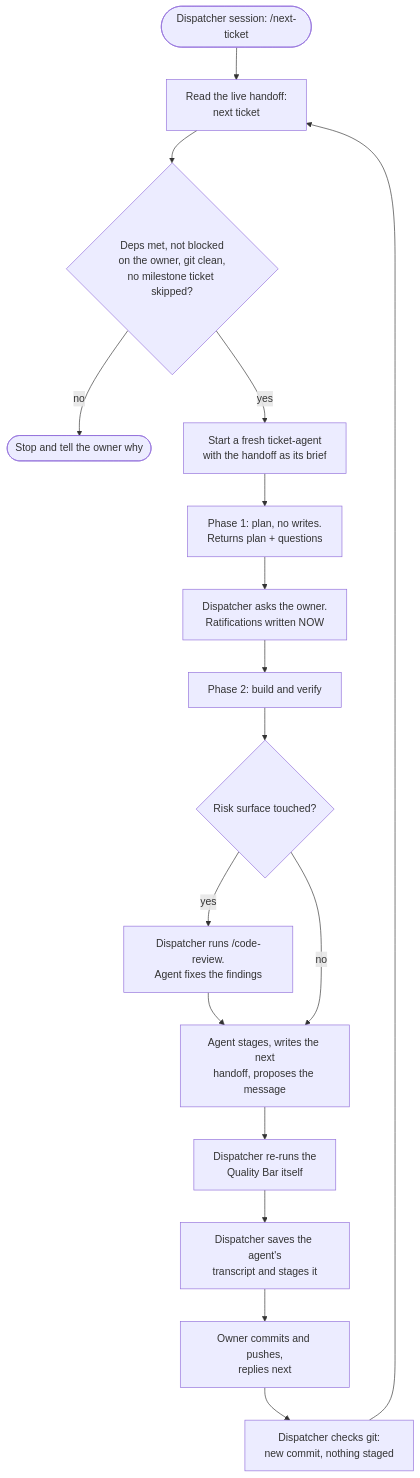
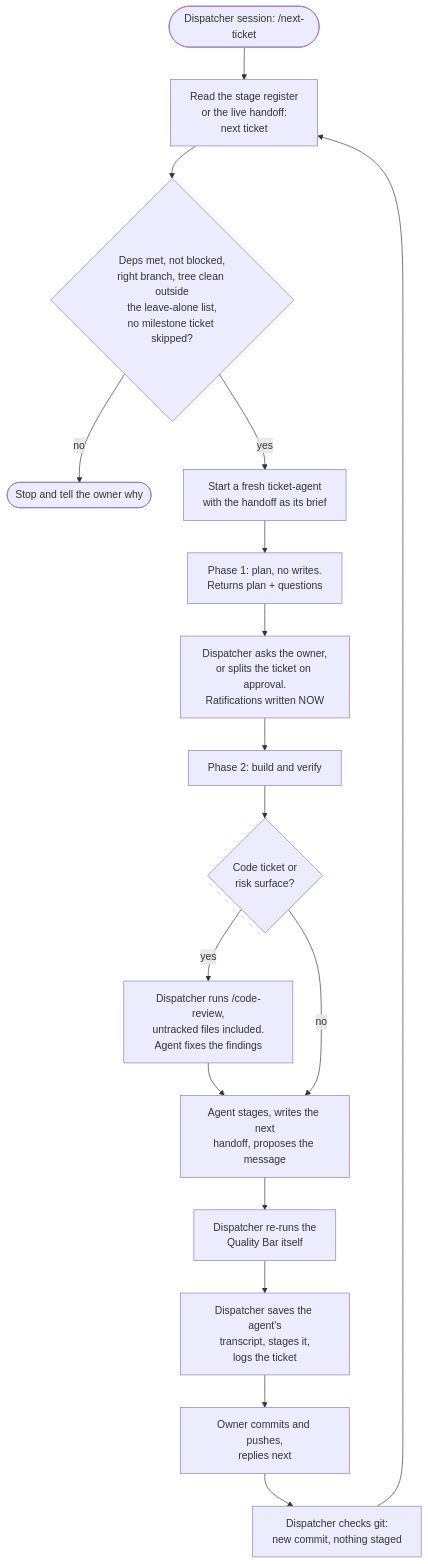
The second of 4 diagrams in WORKFLOW.md (FNF60/Claude-Starter-Kit), drawn with Mermaid before and after one commit. The commit also changed other lines of this file and 19 other files, not shown here.

````diff
--- a/WORKFLOW.md
+++ b/WORKFLOW.md
@@ -103,19 +127,19 @@
 ```mermaid
 flowchart TD
-    A([Dispatcher session: /next-ticket]) --> B[Read the live handoff:<br/>next ticket]
-    B --> C{Deps met, not blocked<br/>on the owner, git clean,<br/>no milestone ticket skipped?}
+    A([Dispatcher session: /next-ticket]) --> B[Read the stage register<br/>or the live handoff:<br/>next ticket]
+    B --> C{Deps met, not blocked,<br/>right branch, tree clean outside<br/>the leave-alone list,<br/>no milestone ticket skipped?}
     C -- no --> X([Stop and tell the owner why])
     C -- yes --> D[Start a fresh ticket-agent<br/>with the handoff as its brief]
     D --> E[Phase 1: plan, no writes.<br/>Returns plan + questions]
-    E --> F[Dispatcher asks the owner.<br/>Ratifications written NOW]
+    E --> F[Dispatcher asks the owner,<br/>or splits the ticket on approval.<br/>Ratifications written NOW]
     F --> G[Phase 2: build and verify]
-    G --> H{Risk surface touched?}
-    H -- yes --> I[Dispatcher runs /code-review.<br/>Agent fixes the findings]
+    G --> H{Code ticket or<br/>risk surface?}
+    H -- yes --> I[Dispatcher runs /code-review,<br/>untracked files included.<br/>Agent fixes the findings]
     I --> J
     H -- no --> J[Agent stages, writes the next<br/>handoff, proposes the message]
     J --> V[Dispatcher re-runs the<br/>Quality Bar itself]
-    V --> T[Dispatcher saves the agent's<br/>transcript and stages it]
+    V --> T[Dispatcher saves the agent's<br/>transcript, stages it,<br/>logs the ticket]
     T --> K[Owner commits and pushes,<br/>replies next]
     K --> L[Dispatcher checks git:<br/>new commit, nothing staged]
     L --> B
 ```
````
